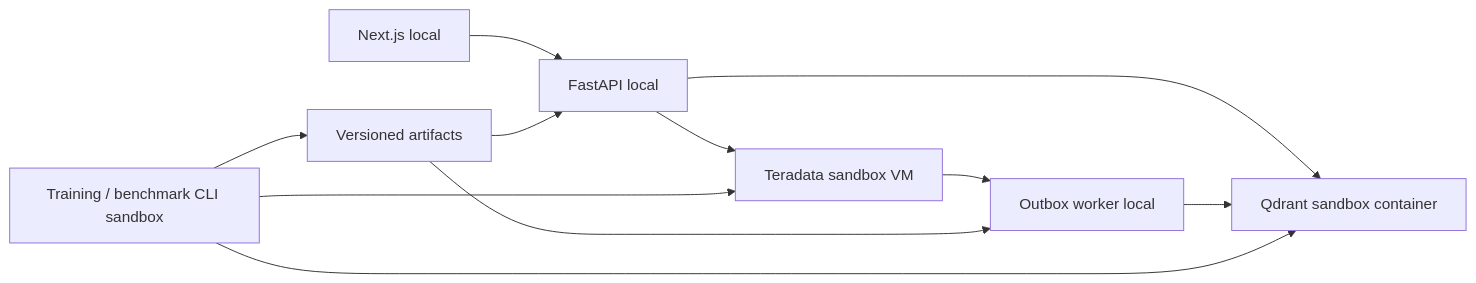
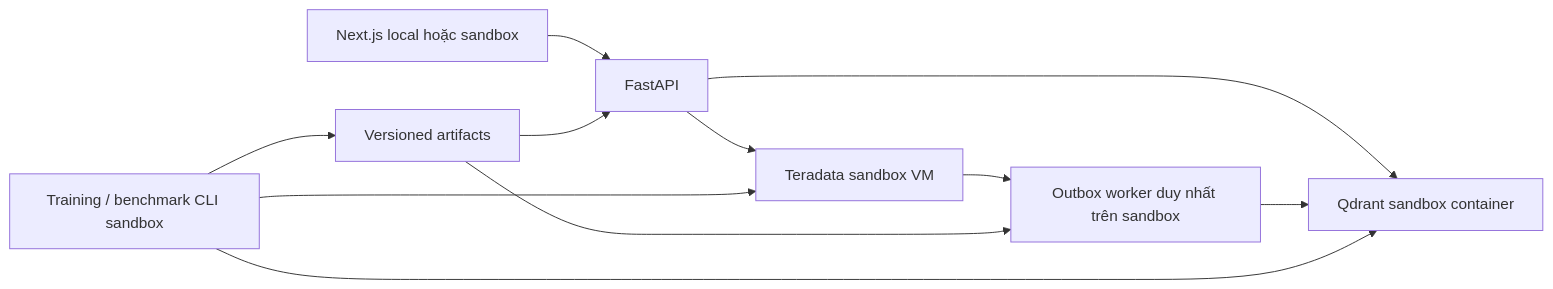
One commit to thangtranse/dbms changed the diagram in Docs/README.md. Above: the diagram before and after it, drawn with Mermaid. The commit also changed other lines of this file and 16 other files, not shown here.

````diff
--- a/Docs/README.md
+++ b/Docs/README.md
@@ -19,13 +23,13 @@
 ```mermaid
 flowchart LR
-  FE[Next.js local] --> API[FastAPI local]
+  FE[Next.js local hoặc sandbox] --> API[FastAPI]
   API --> TD[Teradata sandbox VM]
   API --> Q[Qdrant sandbox container]
-  TD --> W[Outbox worker local]
+  TD --> W[Outbox worker duy nhất trên sandbox]
   W --> Q
   CLI[Training / benchmark CLI sandbox] --> TD
   CLI --> Q
   CLI --> A[Versioned artifacts]
   A --> API
   A --> W
 ```
````
